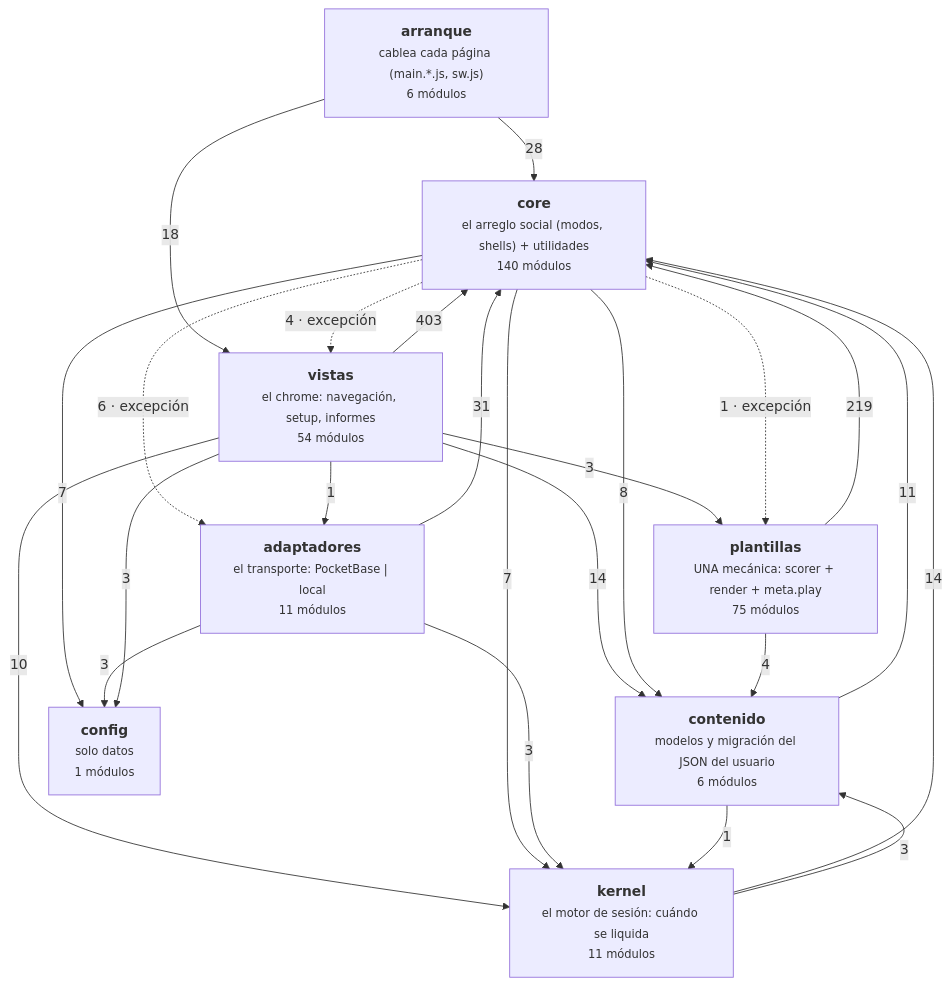
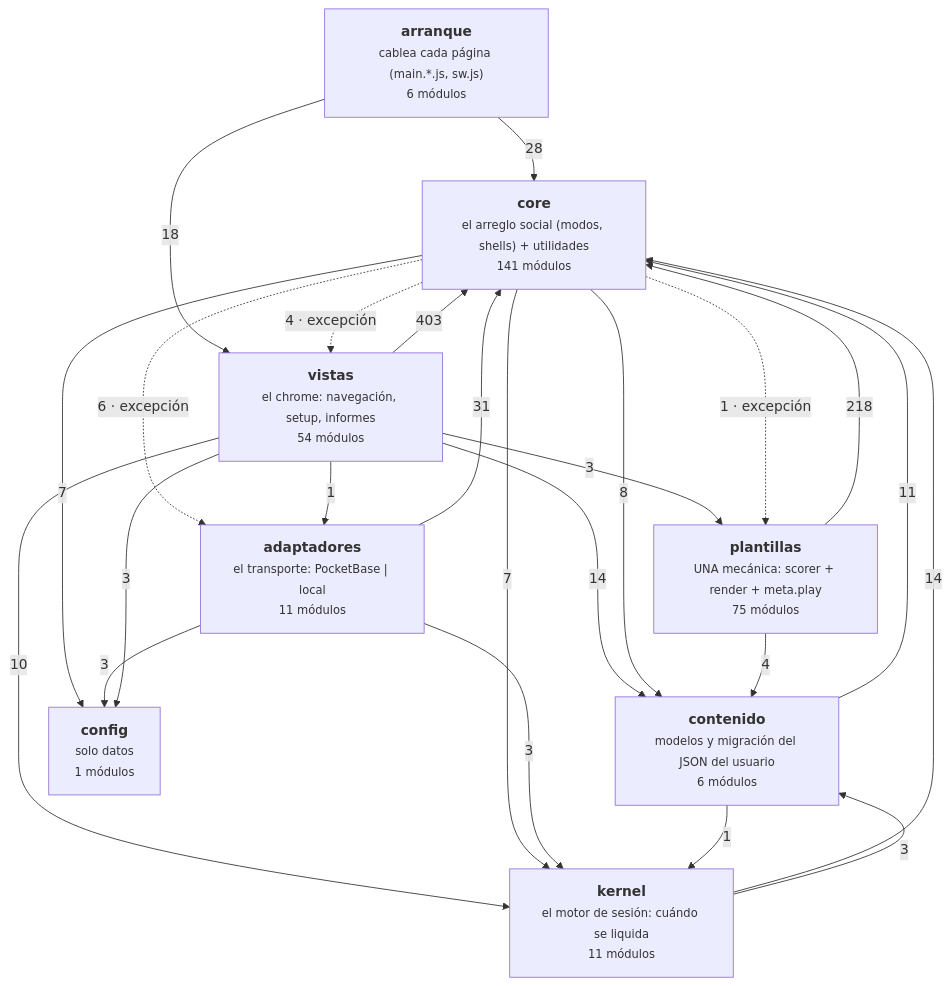
The diagram in docs/arquitectura-modulos.md (duecaz/ac), drawn with Mermaid before and after one commit. The commit also changed other lines of this file and 37 other files, not shown here.

````diff
--- a/docs/arquitectura-modulos.md
+++ b/docs/arquitectura-modulos.md
@@ -56,34 +56,34 @@
 ```mermaid
 graph TD
   A["<b>arranque</b><br/><small>cablea cada página (main.*.js, sw.js)</small><br/><small>6 módulos</small>"]
   V["<b>vistas</b><br/><small>el chrome: navegación, setup, informes</small><br/><small>54 módulos</small>"]
   AD["<b>adaptadores</b><br/><small>el transporte: PocketBase | local</small><br/><small>11 módulos</small>"]
-  C["<b>core</b><br/><small>el arreglo social (modos, shells) + utilidades</small><br/><small>140 módulos</small>"]
+  C["<b>core</b><br/><small>el arreglo social (modos, shells) + utilidades</small><br/><small>141 módulos</small>"]
   K["<b>kernel</b><br/><small>el motor de sesión: cuándo se liquida</small><br/><small>11 módulos</small>"]
   T["<b>plantillas</b><br/><small>UNA mecánica: scorer + render + meta.play</small><br/><small>75 módulos</small>"]
   CO["<b>contenido</b><br/><small>modelos y migración del JSON del usuario</small><br/><small>6 módulos</small>"]
   CF["<b>config</b><br/><small>solo datos</small><br/><small>1 módulos</small>"]
   V -->|403| C
-  T -->|219| C
+  T -->|218| C
   AD -->|31| C
   A -->|28| C
   A -->|18| V
   K -->|14| C
   V -->|14| CO
   CO -->|11| C
   V -->|10| K
   C -->|8| CO
   C -->|7| K
   C -->|7| CF
   C -.->|6 · excepción| AD
   C -.->|4 · excepción| V
   T -->|4| CO
   AD -->|3| CF
   AD -->|3| K
   K -->|3| CO
   V -->|3| CF
   V -->|3| T
   C -.->|1 · excepción| T
   CO -->|1| K
   V -->|1| AD
 ```
````
